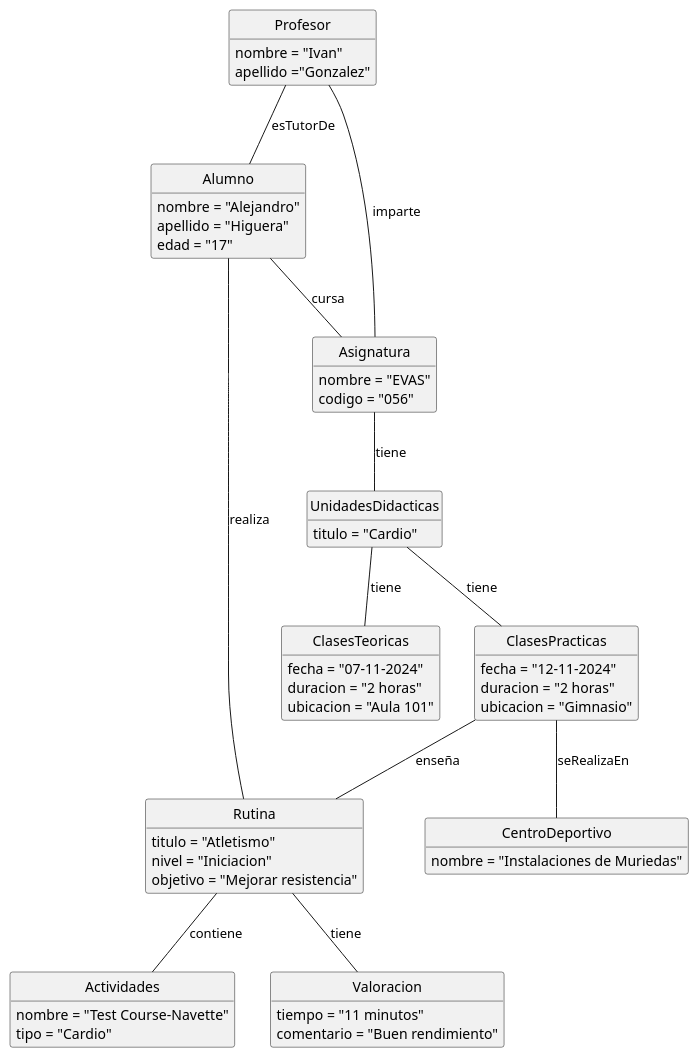
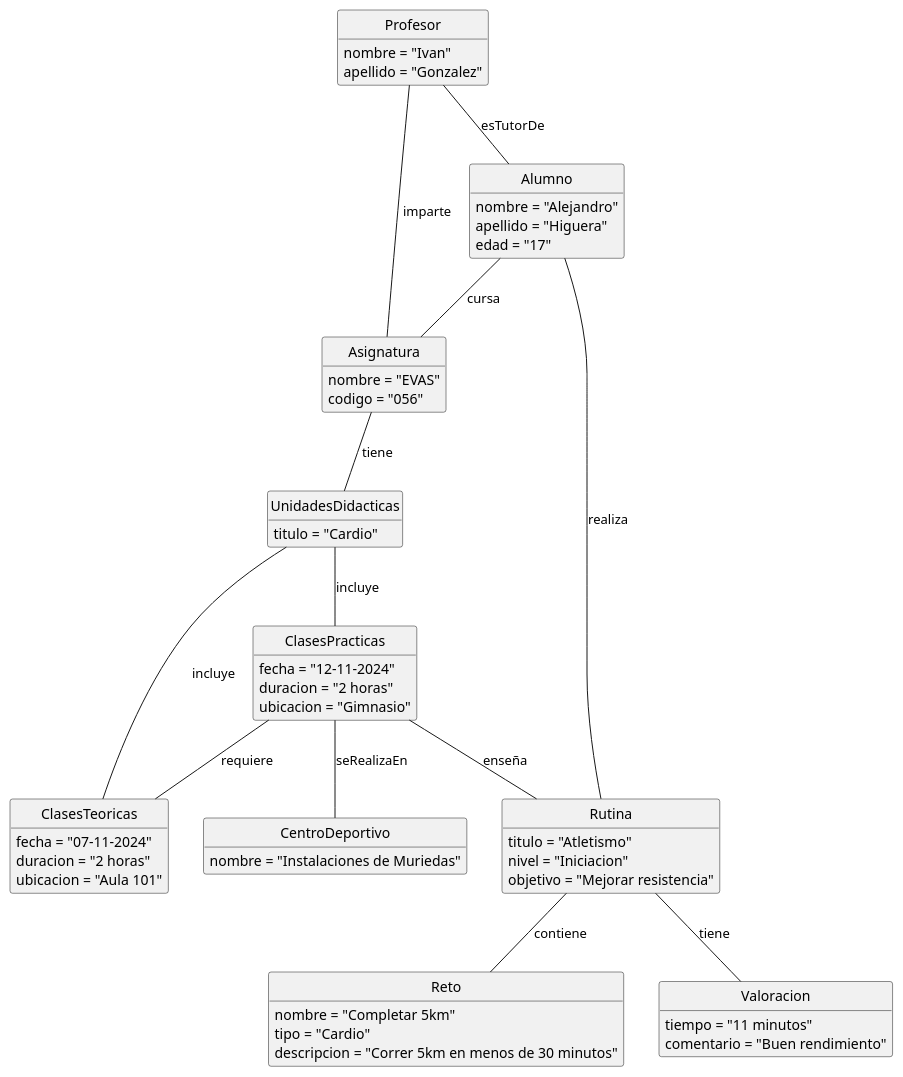
The diagram in Documentos/diagramaDeObjetos/diagramaDeObjetos.puml (mmasias/24-25-IdSw1-SDR), drawn with PlantUML before and after one commit. The commit also changed other lines of this file, not shown here.

Commit message:
Cambio en base al nuevo de clases

```diff
--- a/Documentos/diagramaDeObjetos/diagramaDeObjetos.puml
+++ b/Documentos/diagramaDeObjetos/diagramaDeObjetos.puml
@@ -1,71 +1,73 @@
 @startuml evas
 
 hide circle
 hide empty members
 
 class Profesor {
     nombre = "Ivan"
-    apellido ="Gonzalez"
+    apellido = "Gonzalez"
 }
 
 class Alumno {
     nombre = "Alejandro"
     apellido = "Higuera"
     edad = "17"
 }
 
 class Asignatura {
     nombre = "EVAS"
     codigo = "056"
 }
 
 class UnidadesDidacticas {
     titulo = "Cardio"
 }
 
 class ClasesPracticas {
     fecha = "12-11-2024"
     duracion = "2 horas"
     ubicacion = "Gimnasio"
 }
 
 class ClasesTeoricas {
     fecha = "07-11-2024"
     duracion = "2 horas"
     ubicacion = "Aula 101"
 }
 
 class CentroDeportivo {
     nombre = "Instalaciones de Muriedas"
 }
 
 class Rutina {
     titulo = "Atletismo"
     nivel = "Iniciacion"
     objetivo = "Mejorar resistencia"
 }
 
-class Actividades {
-    nombre = "Test Course-Navette"
+class Reto {
+    nombre = "Completar 5km"
     tipo = "Cardio"
+    descripcion = "Correr 5km en menos de 30 minutos"
 }
 
 class Valoracion {
     tiempo = "11 minutos"
     comentario = "Buen rendimiento"
 }
 
-
 Profesor -- Alumno : esTutorDe
 Profesor -- Asignatura : imparte
 Asignatura -- UnidadesDidacticas : tiene
-UnidadesDidacticas -- ClasesPracticas : tiene
-UnidadesDidacticas -- ClasesTeoricas : tiene
+UnidadesDidacticas -- ClasesPracticas : incluye
+UnidadesDidacticas -- ClasesTeoricas : incluye
 Alumno -- Asignatura : cursa
 ClasesPracticas -- CentroDeportivo : seRealizaEn
 ClasesPracticas -- Rutina : enseña
-Rutina -- Actividades : contiene
+Rutina -- Reto : contiene
 Rutina -- Valoracion: tiene
 Alumno -- Rutina: realiza
 
+ClasesPracticas -- ClasesTeoricas : requiere
+
 @enduml
```
